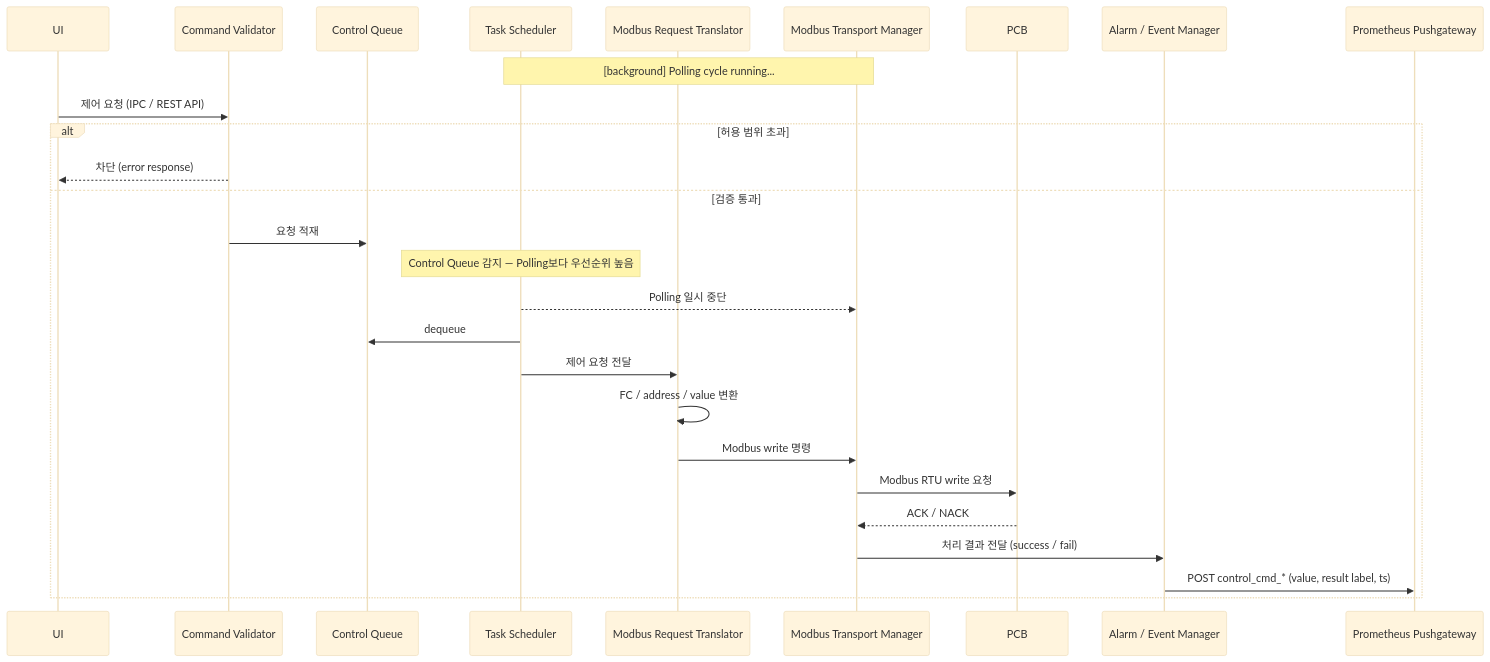
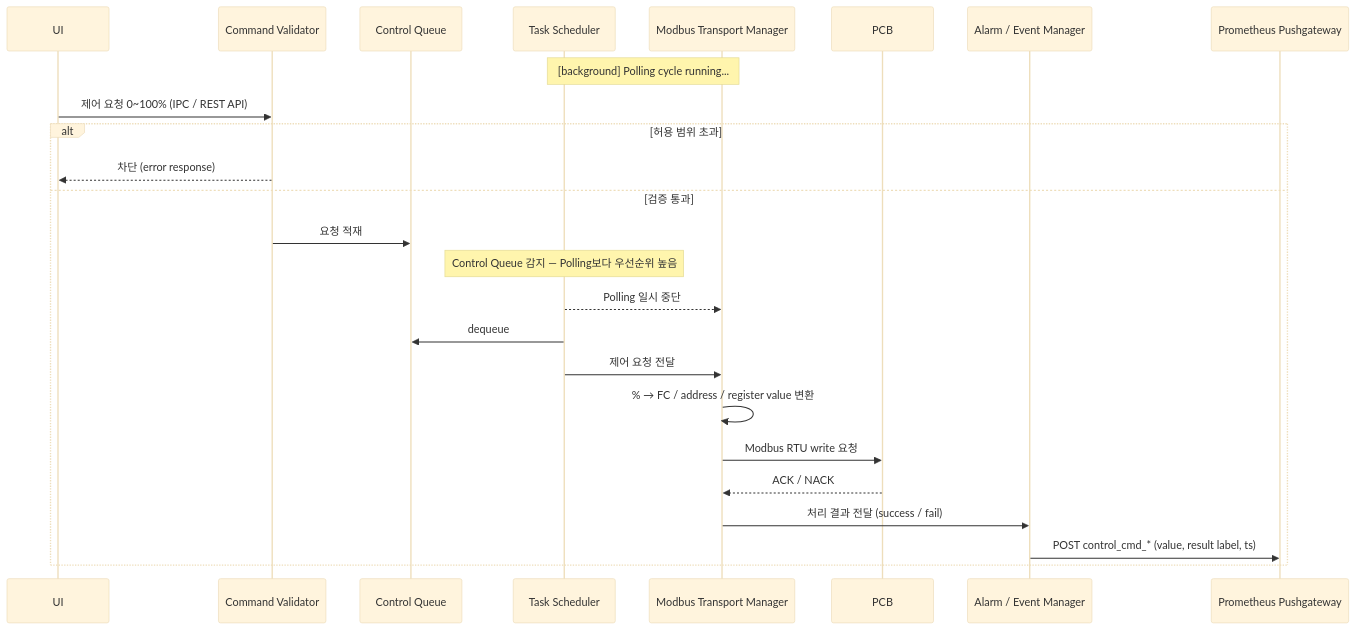
One commit to DEEPGadget/L2A_CDU_system changed the second of 3 diagrams in docs/PCG.md. Above: the diagram before and after it, drawn with Mermaid (base theme). The commit also changed other lines of this file and 25 other files, not shown here.

````diff
--- a/docs/PCG.md
+++ b/docs/PCG.md
@@ -146,31 +189,29 @@
 ```mermaid
 sequenceDiagram
     participant UI as UI
     participant CV as Command Validator
     participant CQ as Control Queue
     participant TS as Task Scheduler
-    participant MRT as Modbus Request Translator
     participant MTM as Modbus Transport Manager
     participant PCB as PCB
     participant AEM as Alarm / Event Manager
     participant PGW as Prometheus Pushgateway
 
     Note over TS,MTM: [background] Polling cycle running...
 
-    UI->>CV: 제어 요청 (IPC / REST API)
+    UI->>CV: 제어 요청 0~100% (IPC / REST API)
     alt 허용 범위 초과
         CV-->>UI: 차단 (error response)
     else 검증 통과
         CV->>CQ: 요청 적재
         Note over TS: Control Queue 감지 — Polling보다 우선순위 높음
         TS-->>MTM: Polling 일시 중단
         TS->>CQ: dequeue
-        TS->>MRT: 제어 요청 전달
-        MRT->>MRT: FC / address / value 변환
-        MRT->>MTM: Modbus write 명령
+        TS->>MTM: 제어 요청 전달
+        MTM->>MTM: % → FC / address / register value 변환
         MTM->>PCB: Modbus RTU write 요청
         PCB-->>MTM: ACK / NACK
         MTM->>AEM: 처리 결과 전달 (success / fail)
         AEM->>PGW: POST control_cmd_* (value, result label, ts)
     end
 ```
````
